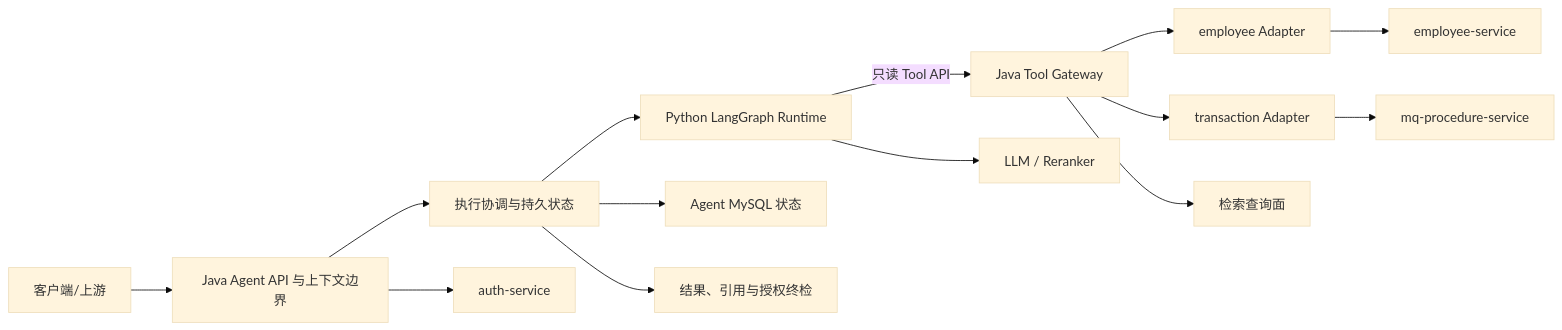
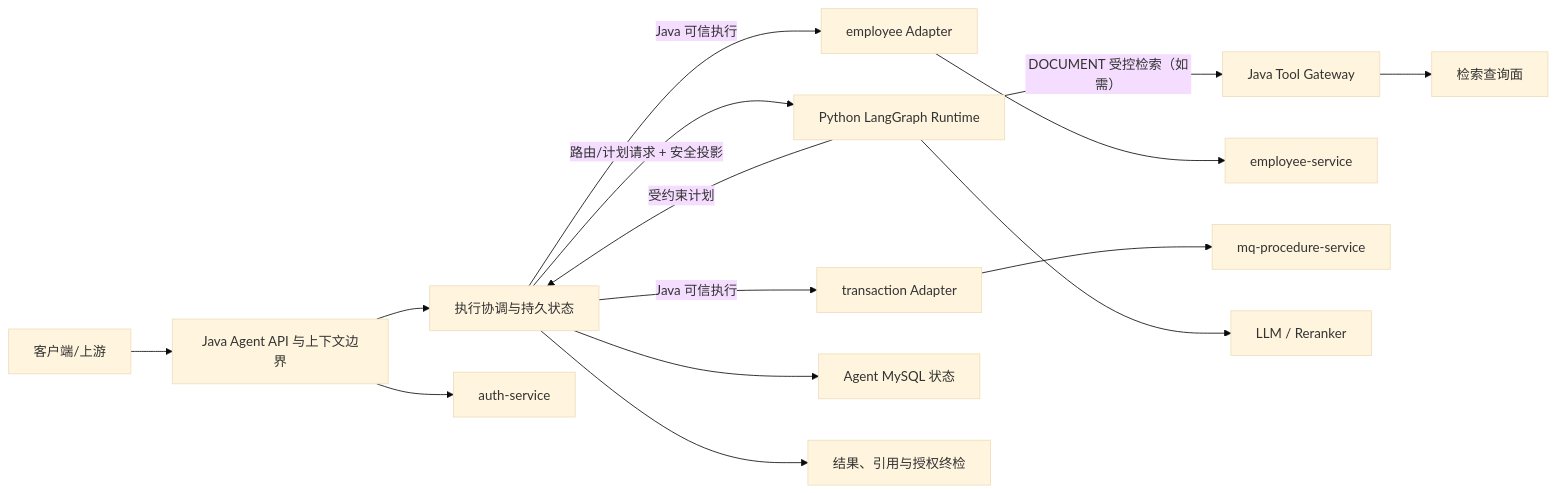
One commit to KyriosoO/springcloud-demo changed the first of 2 diagrams in docs/design/agent/单体Agent应用与能力架构_L1_v0.1.md. Above: the diagram before and after it, drawn with Mermaid (base theme). The commit also changed other lines of this file and 36 other files, not shown here.

````diff
--- a/docs/design/agent/单体Agent应用与能力架构_L1_v0.1.md
+++ b/docs/design/agent/单体Agent应用与能力架构_L1_v0.1.md
@@ -154,16 +166,17 @@
 ```mermaid
 flowchart LR
     C["客户端/上游"] --> JAPI["Java Agent API 与上下文边界"]
     JAPI --> EXEC["执行协调与持久状态"]
-    EXEC --> RUNTIME["Python LangGraph Runtime"]
-    RUNTIME -->|"只读 Tool API"| TOOL["Java Tool Gateway"]
-    TOOL --> EMP["employee Adapter"]
-    TOOL --> TXN["transaction Adapter"]
+    EXEC -->|"路由/计划请求 + 安全投影"| RUNTIME["Python LangGraph Runtime"]
+    RUNTIME -->|"受约束计划"| EXEC
+    EXEC -->|"Java 可信执行"| EMP["employee Adapter"]
+    EXEC -->|"Java 可信执行"| TXN["transaction Adapter"]
+    RUNTIME -->|"DOCUMENT 受控检索（如需）"| TOOL["Java Tool Gateway"]
     TOOL --> RET["检索查询面"]
     EMP --> ESVC["employee-service"]
     TXN --> TSVC["mq-procedure-service"]
     RUNTIME --> AI["LLM / Reranker"]
     JAPI --> AUTH["auth-service"]
     EXEC --> DB["Agent MySQL 状态"]
     EXEC --> SAFE["结果、引用与授权终检"]
 ```
````
